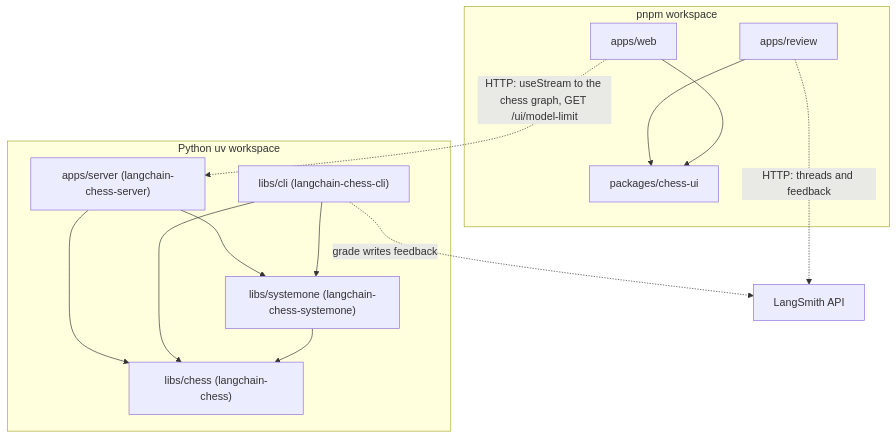
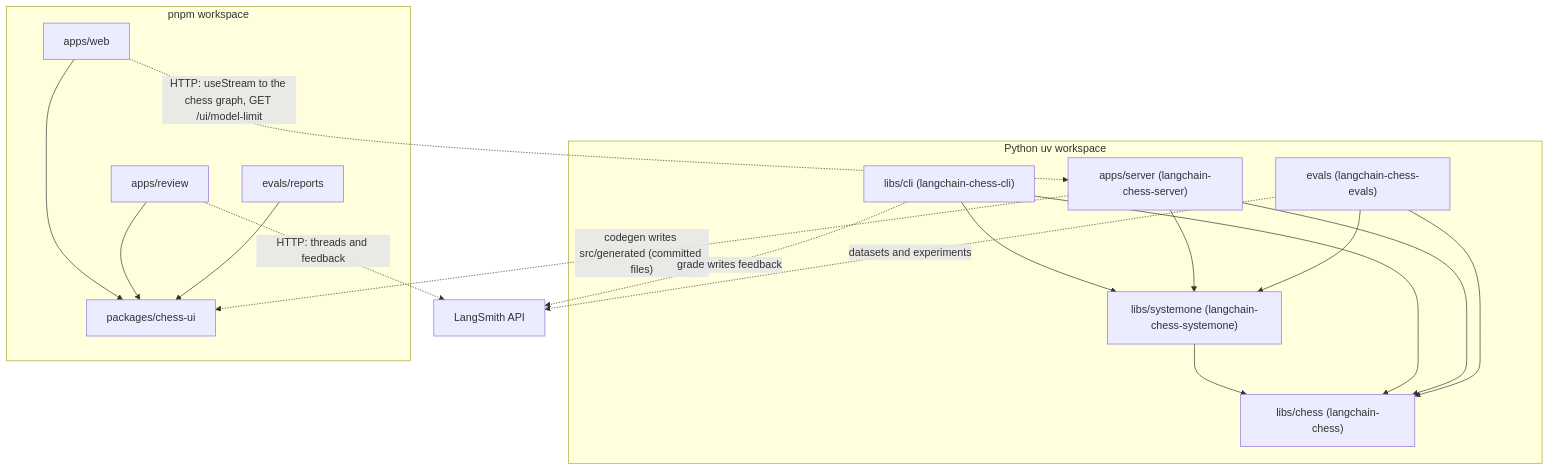
Before and after one commit to darieldatoon/langchain-chess: the first of 2 diagrams in openwiki/architecture/package-map.md, drawn with Mermaid. The commit also changed other lines of this file and 48 other files, not shown here.

````diff
--- a/openwiki/architecture/package-map.md
+++ b/openwiki/architecture/package-map.md
@@ -96,25 +120,32 @@
 ```mermaid
 flowchart TD
     subgraph PY["Python uv workspace"]
         chess["libs/chess (langchain-chess)"]
         systemone["libs/systemone (langchain-chess-systemone)"]
         cli["libs/cli (langchain-chess-cli)"]
         server["apps/server (langchain-chess-server)"]
+        evals["evals (langchain-chess-evals)"]
     end
     subgraph JS["pnpm workspace"]
         chessui["packages/chess-ui"]
         web["apps/web"]
         review["apps/review"]
+        reports["evals/reports"]
     end
     LS["LangSmith API"]
     systemone --> chess
     cli --> chess
     cli --> systemone
     server --> chess
     server --> systemone
+    evals --> chess
+    evals --> systemone
     web --> chessui
     review --> chessui
+    reports --> chessui
+    server -. "codegen writes src/generated (committed files)" .-> chessui
     web -. "HTTP: useStream to the chess graph, GET /ui/model-limit" .-> server
     review -. "HTTP: threads and feedback" .-> LS
     cli -. "grade writes feedback" .-> LS
+    evals -. "datasets and experiments" .-> LS
 ```
````
